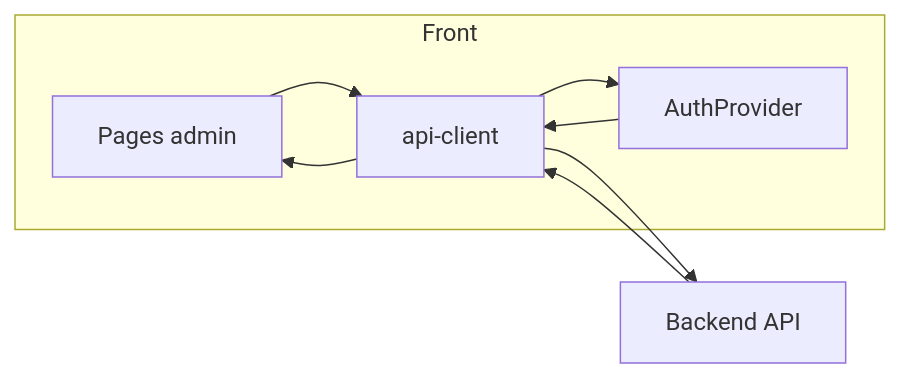
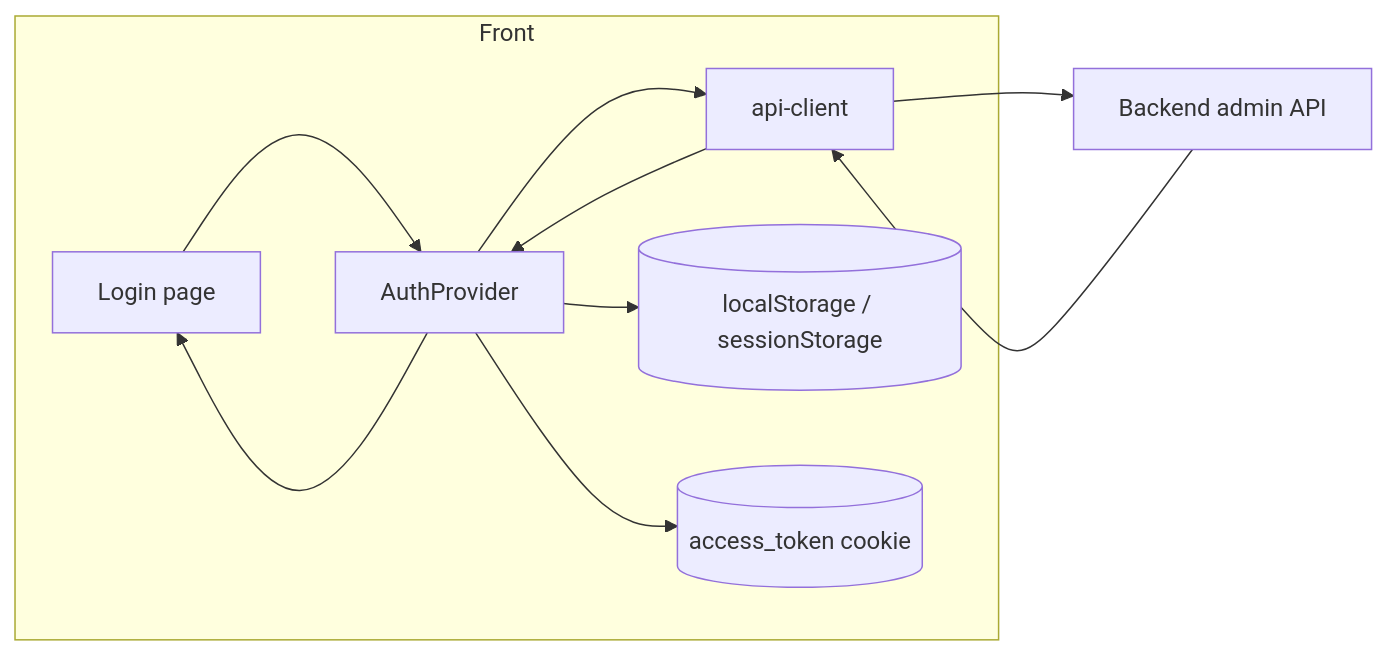
Before and after one commit to MicroClub-USTHB/multAI: the first of 4 diagrams in frontend/docs/integration.md, drawn with Mermaid. The commit also changed other lines of this file and 4 other files, not shown here.

Commit message:
feat(auth): enhance login session restore and logout robustness

````diff
--- a/frontend/docs/integration.md
+++ b/frontend/docs/integration.md
@@ -9,17 +19,21 @@
 ```mermaid
 flowchart LR
-  subgraph Front[Front]
-    UI[Pages admin]
-    Auth[AuthProvider]
-    Client[api-client]
+  subgraph Client[Front]
+    Login[Login page]
+    Provider[AuthProvider]
+    ClientAPI[api-client]
+    Storage[(localStorage / sessionStorage)]
+    Cookie[(access_token cookie)]
   end
 
-  Backend[Backend API]
+  API[Backend admin API]
 
-  UI --> Client
-  Auth --> Client
-  Client --> Backend
-  Backend --> Client
-  Client --> UI
-  Client --> Auth
+  Login --> Provider
+  Provider --> Storage
+  Provider --> Cookie
+  Provider --> ClientAPI
+  ClientAPI --> API
+  API --> ClientAPI
+  ClientAPI --> Provider
+  Provider --> Login
 ```
````
